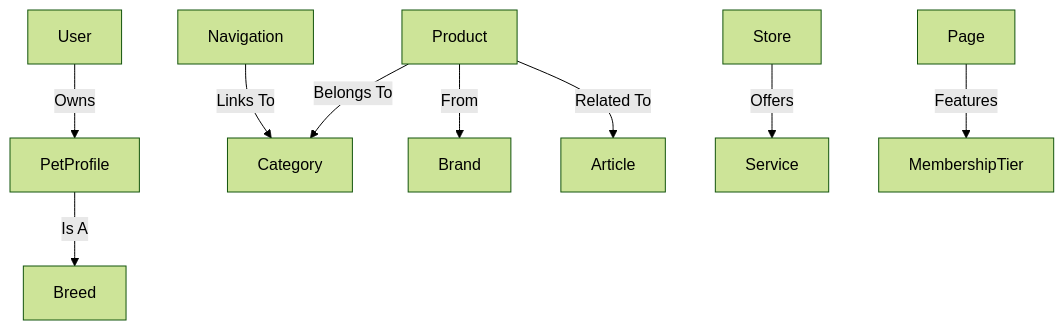
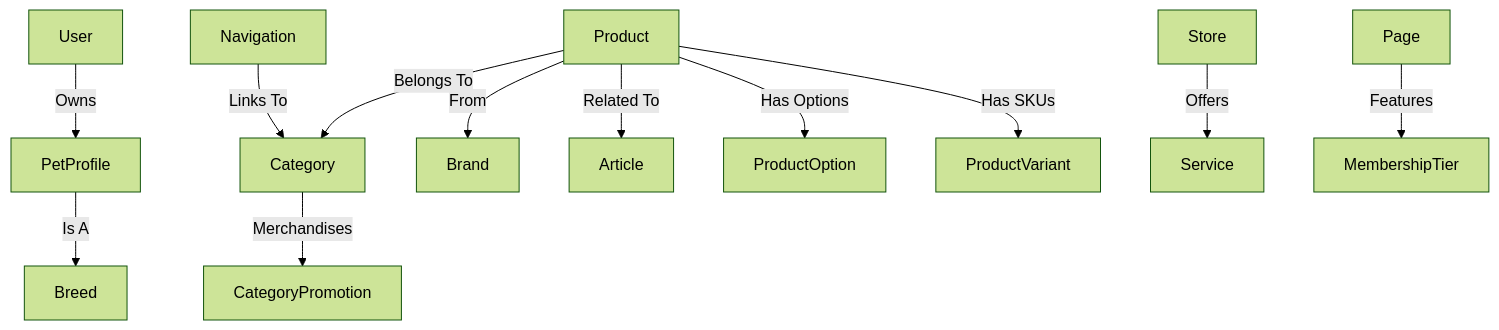
Before and after one commit to codal-ravig/ecom-clone: the diagram in studio/DOCS_ARCHITECTURE.md, drawn with Mermaid (forest theme). The commit also changed other lines of this file and 3 other files, not shown here.

Commit message:
feat: expand product and category schemas with new fields and auxiliary structures, update architectural documentation, and bump Sanity dependencies

````diff
--- a/studio/DOCS_ARCHITECTURE.md
+++ b/studio/DOCS_ARCHITECTURE.md
@@ -67,11 +70,14 @@
 ```mermaid
 graph TD
     User -->|Owns| PetProfile
     PetProfile -->|Is A| Breed
     Product -->|Belongs To| Category
     Product -->|From| Brand
     Product -->|Related To| Article
+    Product -->|Has Options| ProductOption
+    Product -->|Has SKUs| ProductVariant
+    Category -->|Merchandises| CategoryPromotion
     Store -->|Offers| Service
     Page -->|Features| MembershipTier
     Navigation -->|Links To| Category
 ```
````
